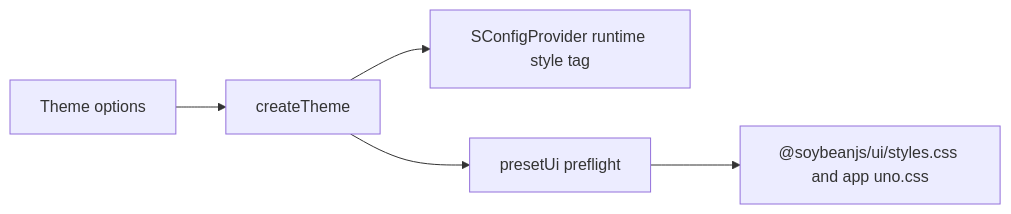
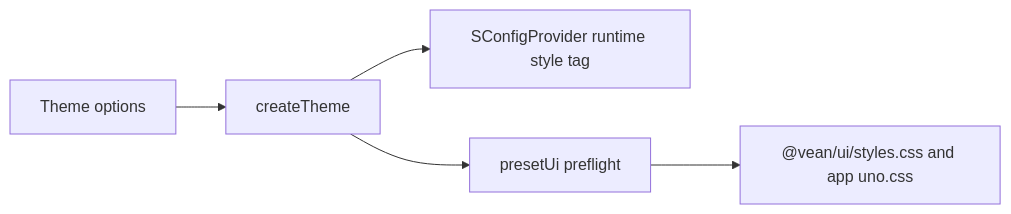
One commit to soybeanjs/soybean-ui changed the second of 3 diagrams in docs/architecture.md. Above: the diagram before and after it, drawn with Mermaid. The commit also changed other lines of this file and 3277 other files, not shown here.

````diff
--- a/docs/architecture.md
+++ b/docs/architecture.md
@@ -217,7 +217,7 @@
 ```mermaid
 flowchart LR
   Options[Theme options] --> Generator[createTheme]
   Generator --> Runtime[SConfigProvider runtime style tag]
   Generator --> Preset[presetUi preflight]
-  Preset --> CSS["@soybeanjs/ui/styles.css and app uno.css"]
+  Preset --> CSS["@vean/ui/styles.css and app uno.css"]
 ```
````
